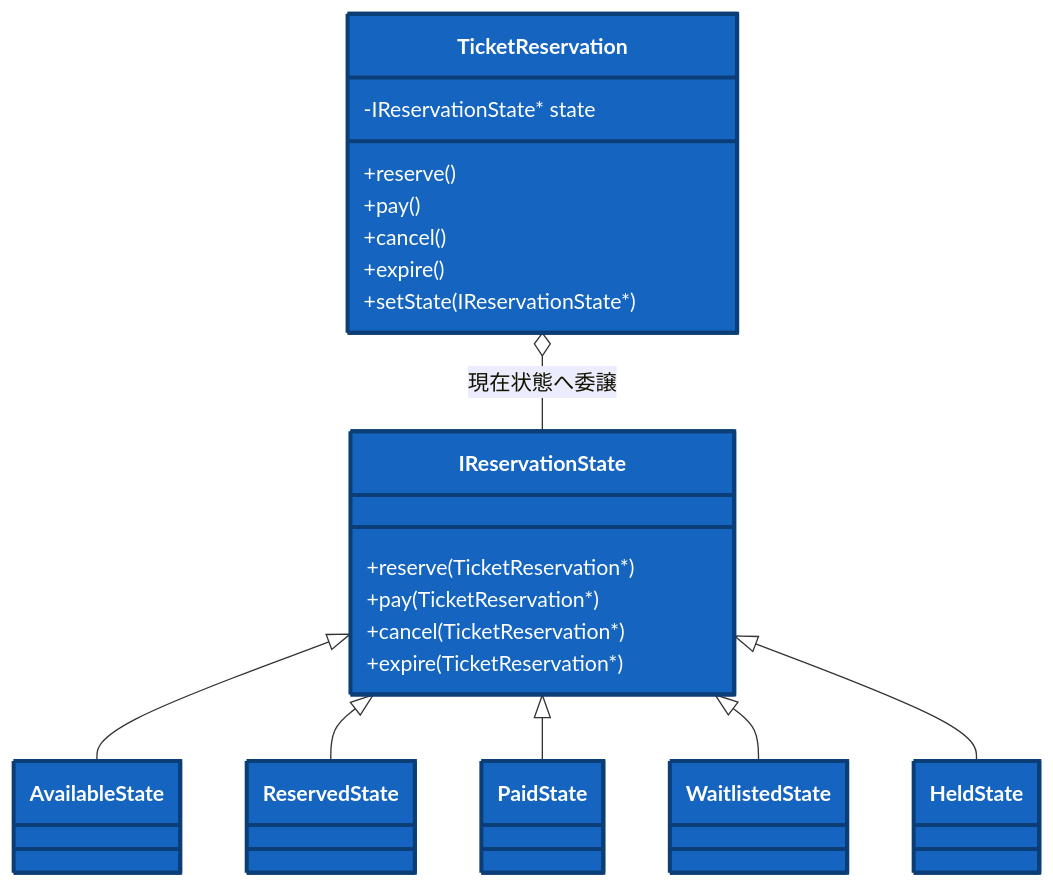
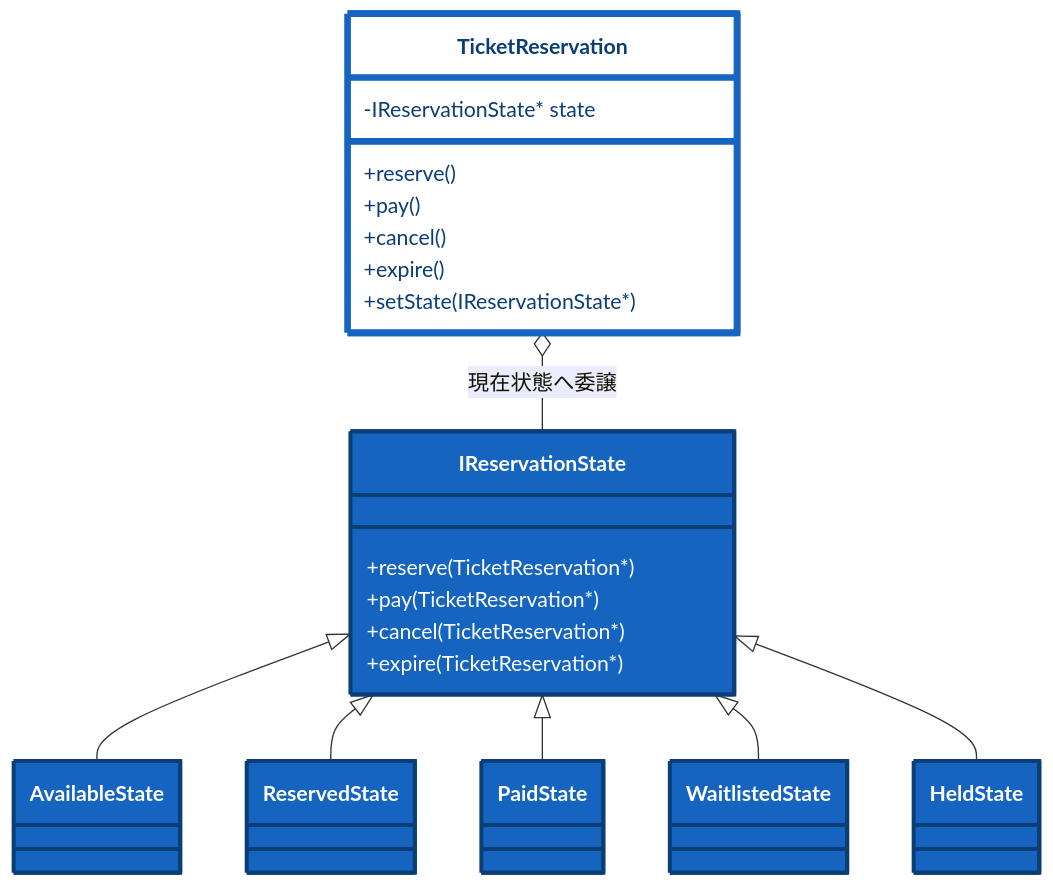
One commit to kumachan1101-pixel/DesignPattern changed the tenth of 18 diagrams in kindle/design-patterns/books/volume01-core-patterns/output/04-chapter02.md. Above: the diagram before and after it, drawn with Mermaid. The commit also changed other lines of this file and 11 other files, not shown here.

First line of the commit message:
図の印を「新しく作る／開いて直す」へ分け、抜粋の改変を直す

````diff
--- a/kindle/design-patterns/books/volume01-core-patterns/output/04-chapter02.md
+++ b/kindle/design-patterns/books/volume01-core-patterns/output/04-chapter02.md
@@ -1931,31 +1931,32 @@
 ```mermaid
 classDiagram
     direction TB
-    class TicketReservation:::changed {
+    class TicketReservation:::touched {
         -IReservationState* state
         +reserve()
         +pay()
         +cancel()
         +expire()
         +setState(IReservationState*)
     }
-    class IReservationState:::changed {
+    class IReservationState:::added {
         +reserve(TicketReservation*)
         +pay(TicketReservation*)
         +cancel(TicketReservation*)
         +expire(TicketReservation*)
     }
-    class AvailableState:::changed
-    class ReservedState:::changed
-    class PaidState:::changed
-    class WaitlistedState:::changed
-    class HeldState:::changed
+    class AvailableState:::added
+    class ReservedState:::added
+    class PaidState:::added
+    class WaitlistedState:::added
+    class HeldState:::added
     TicketReservation o-- IReservationState : 現在状態へ委譲
     IReservationState <|-- AvailableState
     IReservationState <|-- ReservedState
     IReservationState <|-- PaidState
     IReservationState <|-- WaitlistedState
     IReservationState <|-- HeldState
 
-    classDef changed fill:#1565c0,stroke:#0b3d76,stroke-width:3px,color:#ffffff;
+    classDef added fill:#1565c0,stroke:#0b3d76,stroke-width:3px,color:#ffffff;
+    classDef touched fill:#ffffff,stroke:#1565c0,stroke-width:5px,color:#0b3d76;
 ```
````
